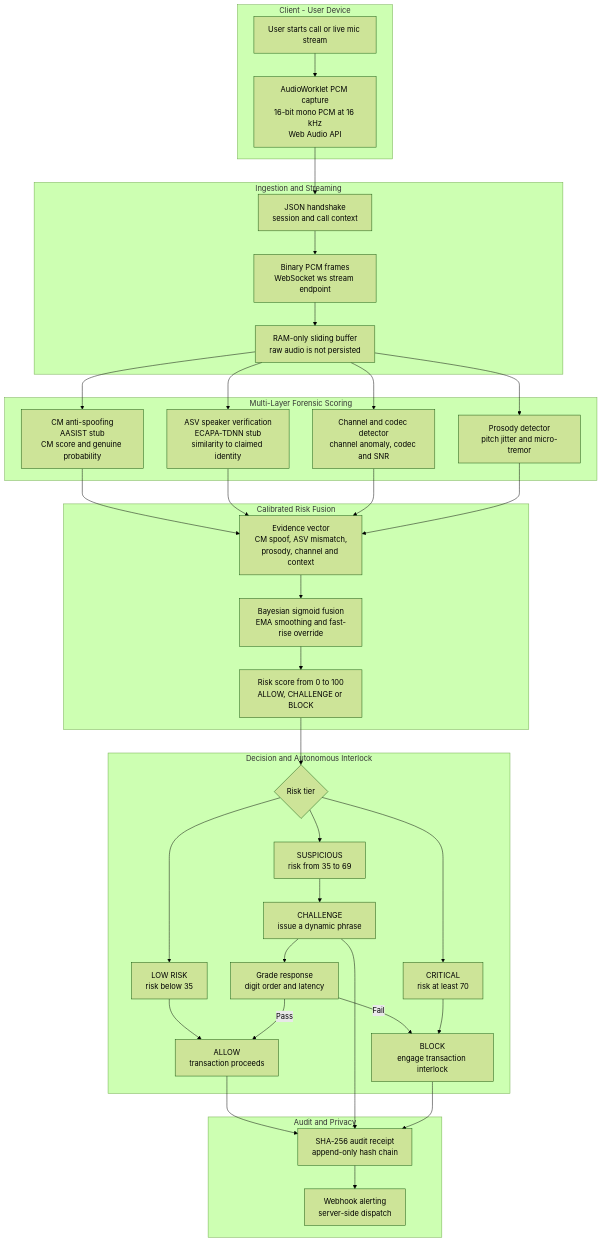
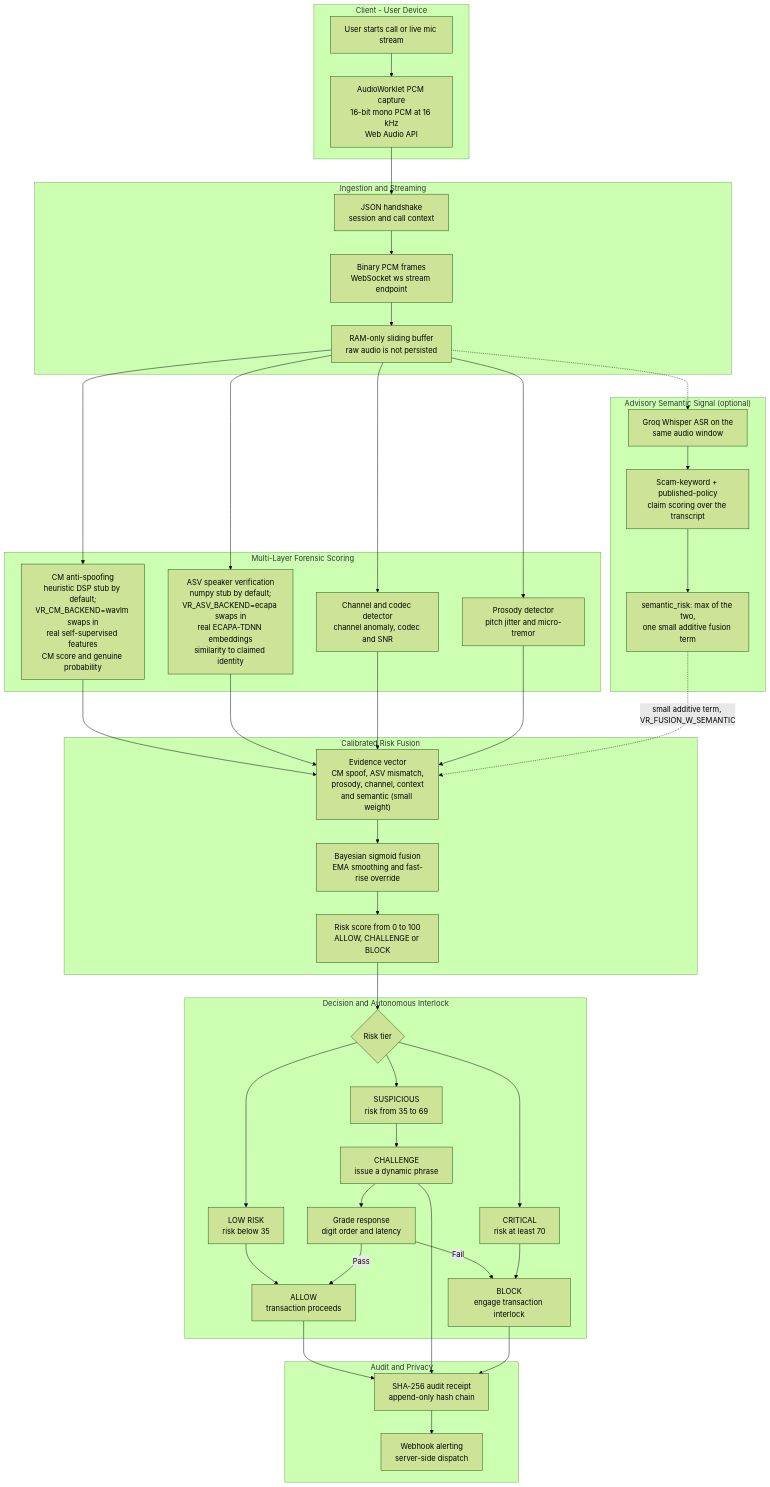
The first of 3 diagrams in docs/FLOWCHARTS_CORRECTED.md (BeastAyyG/VaniRakshak), drawn with Mermaid (forest theme) before and after one commit. The commit also changed other lines of this file and 20 other files, not shown here.

First line of the commit message:
docs: rewrite PROTOCOL/API_SPEC, retract false claims in FLOWCHARTS, archive stale docs

````diff
--- a/docs/FLOWCHARTS_CORRECTED.md
+++ b/docs/FLOWCHARTS_CORRECTED.md
@@ -23,70 +38,80 @@
 ```mermaid
 flowchart TD
     subgraph Client["Client - User Device"]
         A["User starts call or live mic stream"]
         B["AudioWorklet PCM capture<br/>16-bit mono PCM at 16 kHz<br/>Web Audio API"]
     end
     A --> B
 
     subgraph Ingest["Ingestion and Streaming"]
         C["JSON handshake<br/>session and call context"]
         D["Binary PCM frames<br/>WebSocket ws stream endpoint"]
         E["RAM-only sliding buffer<br/>raw audio is not persisted"]
     end
     B --> C
     C --> D
     D --> E
 
     subgraph Score["Multi-Layer Forensic Scoring"]
-        F["CM anti-spoofing<br/>AASIST stub<br/>CM score and genuine probability"]
-        G["ASV speaker verification<br/>ECAPA-TDNN stub<br/>similarity to claimed identity"]
+        F["CM anti-spoofing<br/>heuristic DSP stub by default;<br/>VR_CM_BACKEND=wavlm swaps in<br/>real self-supervised features<br/>CM score and genuine probability"]
+        G["ASV speaker verification<br/>numpy stub by default;<br/>VR_ASV_BACKEND=ecapa swaps in<br/>real ECAPA-TDNN embeddings<br/>similarity to claimed identity"]
         H["Channel and codec detector<br/>channel anomaly, codec and SNR"]
         I["Prosody detector<br/>pitch jitter and micro-tremor"]
     end
     E --> F
     E --> G
     E --> H
     E --> I
 
+    subgraph Semantic["Advisory Semantic Signal (optional)"]
+        S1["Groq Whisper ASR on the<br/>same audio window"]
+        S2["Scam-keyword + published-policy<br/>claim scoring over the transcript"]
+        S3["semantic_risk: max of the two,<br/>one small additive fusion term"]
+    end
+    E -.-> S1
+    S1 --> S2
+    S2 --> S3
+
     subgraph Fusion["Calibrated Risk Fusion"]
-        J["Evidence vector<br/>CM spoof, ASV mismatch,<br/>prosody, channel and context"]
+        J["Evidence vector<br/>CM spoof, ASV mismatch,<br/>prosody, channel, context<br/>and semantic (small weight)"]
         K["Bayesian sigmoid fusion<br/>EMA smoothing and fast-rise override"]
         L["Risk score from 0 to 100<br/>ALLOW, CHALLENGE or BLOCK"]
     end
     F --> J
     G --> J
     H --> J
     I --> J
+    S3 -.->|small additive term, VR_FUSION_W_SEMANTIC| J
     J --> K
     K --> L
 
     subgraph Decision["Decision and Autonomous Interlock"]
         M{"Risk tier"}
         N1["LOW RISK<br/>risk below 35"]
         N2["SUSPICIOUS<br/>risk from 35 to 69"]
         N3["CRITICAL<br/>risk at least 70"]
         O1["ALLOW<br/>transaction proceeds"]
         O2["CHALLENGE<br/>issue a dynamic phrase"]
         P2["Grade response<br/>digit order and latency"]
         O3["BLOCK<br/>engage transaction interlock"]
     end
     L --> M
     M --> N1
     N1 --> O1
     M --> N2
     N2 --> O2
     O2 --> P2
     P2 -->|Pass| O1
     P2 -->|Fail| O3
     M --> N3
     N3 --> O3
 
     subgraph Audit["Audit and Privacy"]
         Q["SHA-256 audit receipt<br/>append-only hash chain"]
         R["Webhook alerting<br/>server-side dispatch"]
     end
     O1 --> Q
     O2 --> Q
     O3 --> Q
     Q --> R
 ```
````
